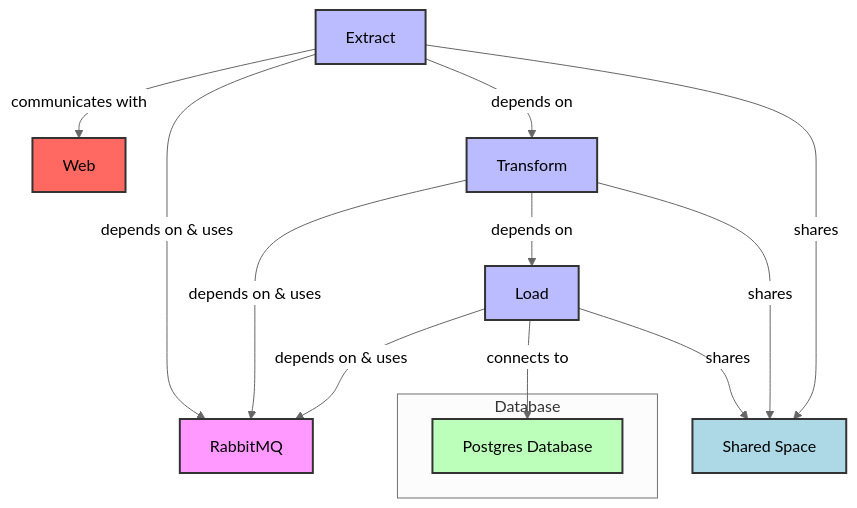
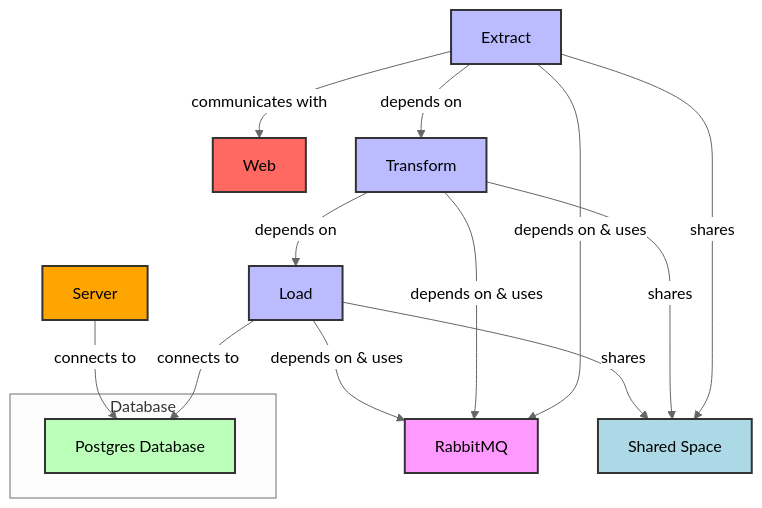
Before and after one commit to mbofos01/agriculture-dashboard-netherlands: the diagram in README.md, drawn with Mermaid (neutral theme).

````diff
--- a/README.md
+++ b/README.md
@@ -15,32 +15,36 @@
 ```mermaid
 
     graph TD;
 		
 		E -->|communicates with| W[Web]
 
     E[Extract] -->|depends on & uses| R[RabbitMQ]
     T[Transform] -->|depends on & uses| R
     L[Load] -->|depends on & uses| R
     
     E --> |depends on| T
     T --> |depends on| L
     
     E -->|shares| S[Shared Space]
     T -->|shares| S[Shared Space]
 
 
     subgraph Database
         D[Postgres Database]
     end
 
+  
     L -->|connects to| D
     L -->|shares| S[Shared Space]
+    
+     SE[Server] -->|connects to| D
 
     style R fill:#f9f,stroke:#333,stroke-width:2px,color:#000;
     style E fill:#bbf,stroke:#333,stroke-width:2px,color:#000;
     style T fill:#bbf,stroke:#333,stroke-width:2px,color:#000;
     style L fill:#bbf,stroke:#333,stroke-width:2px,color:#000;
     style D fill:#bfb,stroke:#333,stroke-width:2px,color:#000;
     style W fill:#FF6961,stroke:#333,stroke-width:2px,color:#000;
     style S fill:#ADD8E6,stroke:#333,stroke-width:2px,color:#000;
+    style SE fill:#FFA500,stroke:#333,stroke-width:2px,color:#000;
 ```
````
